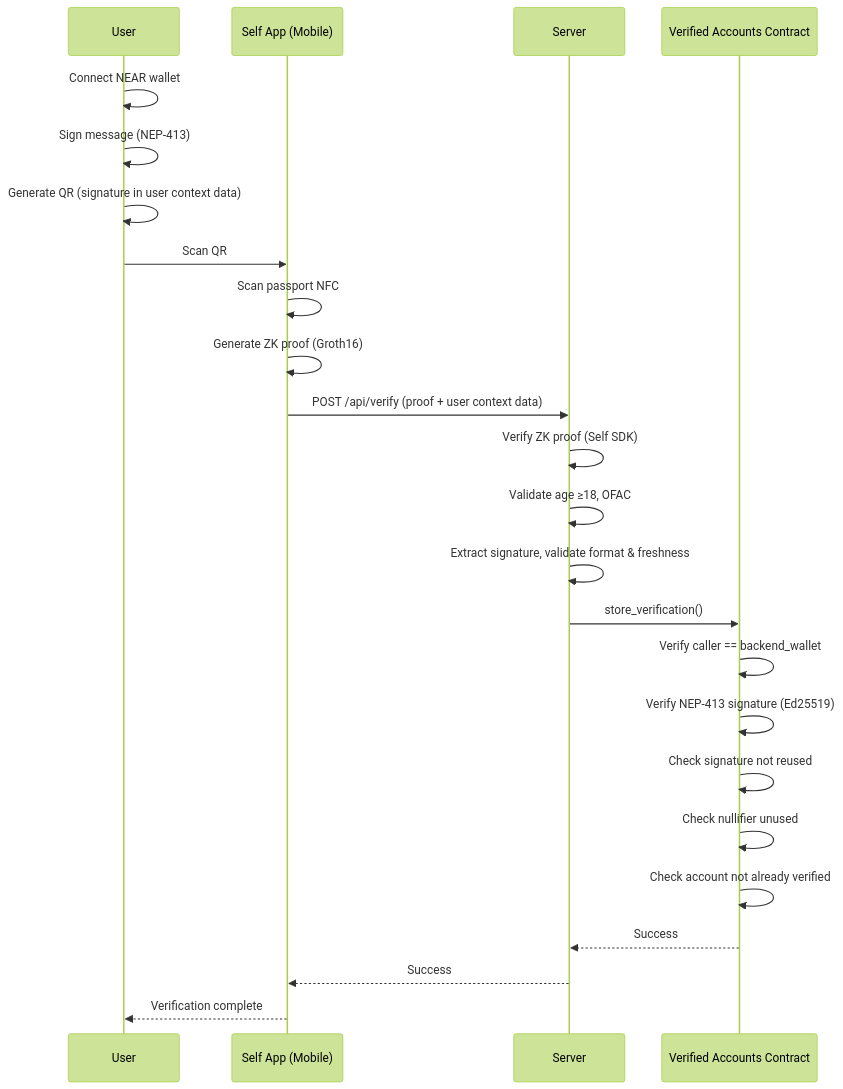
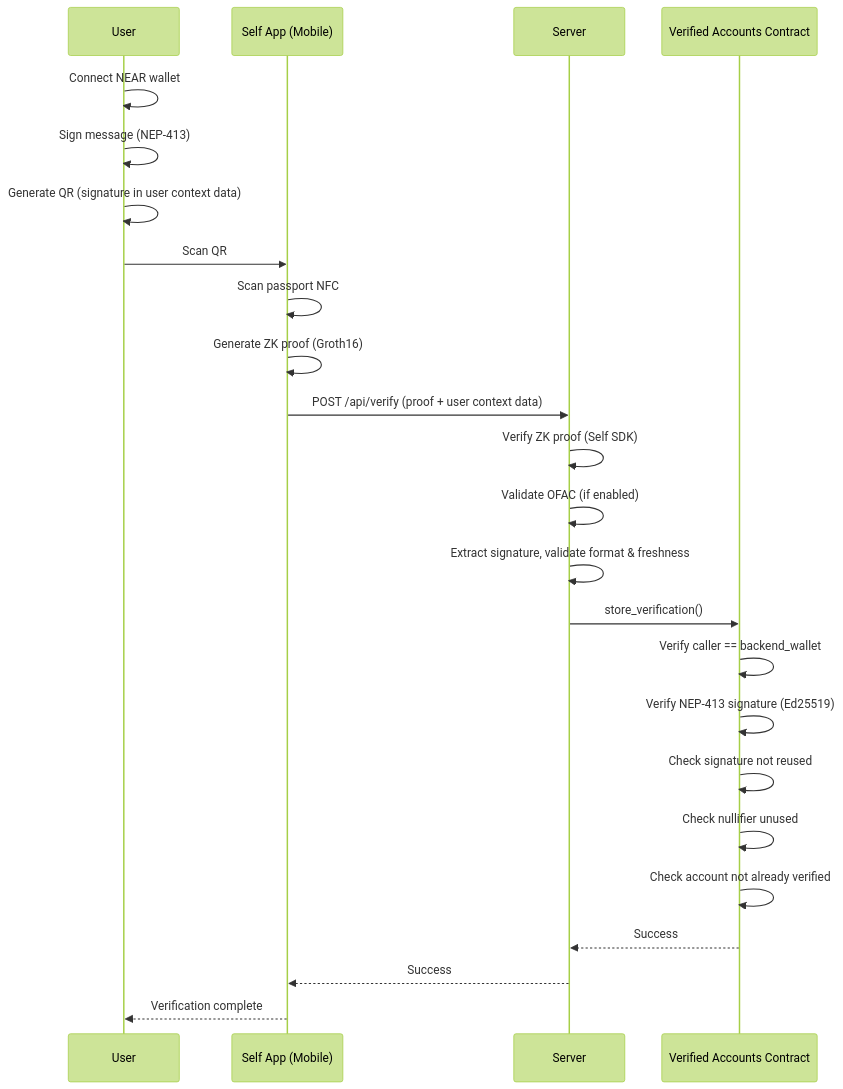
Before and after one commit to HackHumanityOrg/near-citizens-house: the first of 4 diagrams in docs/HOW_IT_WORKS.md, drawn with Mermaid (forest theme). The commit also changed other lines of this file and 6 other files, not shown here.

````diff
--- a/docs/HOW_IT_WORKS.md
+++ b/docs/HOW_IT_WORKS.md
@@ -17,31 +17,31 @@
 ```mermaid
 sequenceDiagram
     participant User
     participant SelfApp as Self App (Mobile)
     participant BW as Server
     participant Contract as Verified Accounts Contract
 
     User->>User: Connect NEAR wallet
     User->>User: Sign message (NEP-413)
     User->>User: Generate QR (signature in user context data)
 
     User->>SelfApp: Scan QR
     SelfApp->>SelfApp: Scan passport NFC
     SelfApp->>SelfApp: Generate ZK proof (Groth16)
     SelfApp->>BW: POST /api/verify (proof + user context data)
 
     BW->>BW: Verify ZK proof (Self SDK)
-    BW->>BW: Validate age ≥18, OFAC
+    BW->>BW: Validate OFAC (if enabled)
     BW->>BW: Extract signature, validate format & freshness
     BW->>Contract: store_verification()
 
     Contract->>Contract: Verify caller == backend_wallet
     Contract->>Contract: Verify NEP-413 signature (Ed25519)
     Contract->>Contract: Check signature not reused
     Contract->>Contract: Check nullifier unused
     Contract->>Contract: Check account not already verified
     Contract-->>BW: Success
 
     BW-->>SelfApp: Success
     SelfApp-->>User: Verification complete
 ```
````
